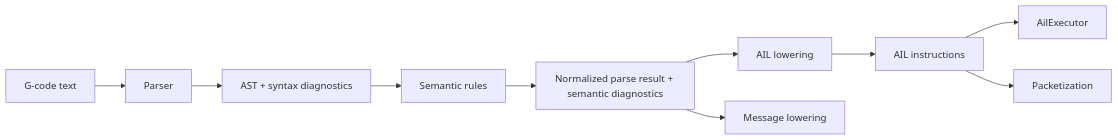
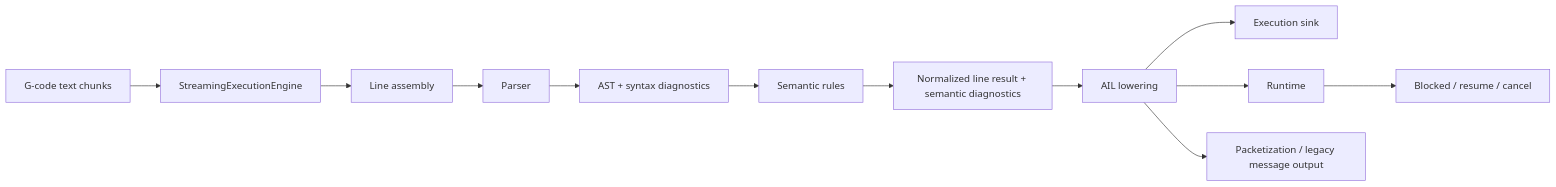
Before and after one commit to liufang-robot/experimental_gcode_parser: the diagram in docs/src/development/gcode_text_flow.md, drawn with Mermaid. The commit also changed other lines of this file and 10 other files, not shown here.

Commit message:
docs: define streaming execution contract

````diff
--- a/docs/src/development/gcode_text_flow.md
+++ b/docs/src/development/gcode_text_flow.md
@@ -8,12 +8,14 @@
 ```mermaid
 flowchart LR
-  A[G-code text] --> B[Parser]
-  B --> C[AST + syntax diagnostics]
-  C --> D[Semantic rules]
-  D --> E[Normalized parse result + semantic diagnostics]
-  E --> F[AIL lowering]
-  F --> G[AIL instructions]
-  G --> H[AilExecutor]
-  G --> I[Packetization]
-  E --> J[Message lowering]
+  A[G-code text chunks] --> B[StreamingExecutionEngine]
+  B --> C[Line assembly]
+  C --> D[Parser]
+  D --> E[AST + syntax diagnostics]
+  E --> F[Semantic rules]
+  F --> G[Normalized line result + semantic diagnostics]
+  G --> H[AIL lowering]
+  H --> I[Execution sink]
+  H --> J[Runtime]
+  J --> K[Blocked / resume / cancel]
+  H --> L[Packetization / legacy message output]
 ```
````
